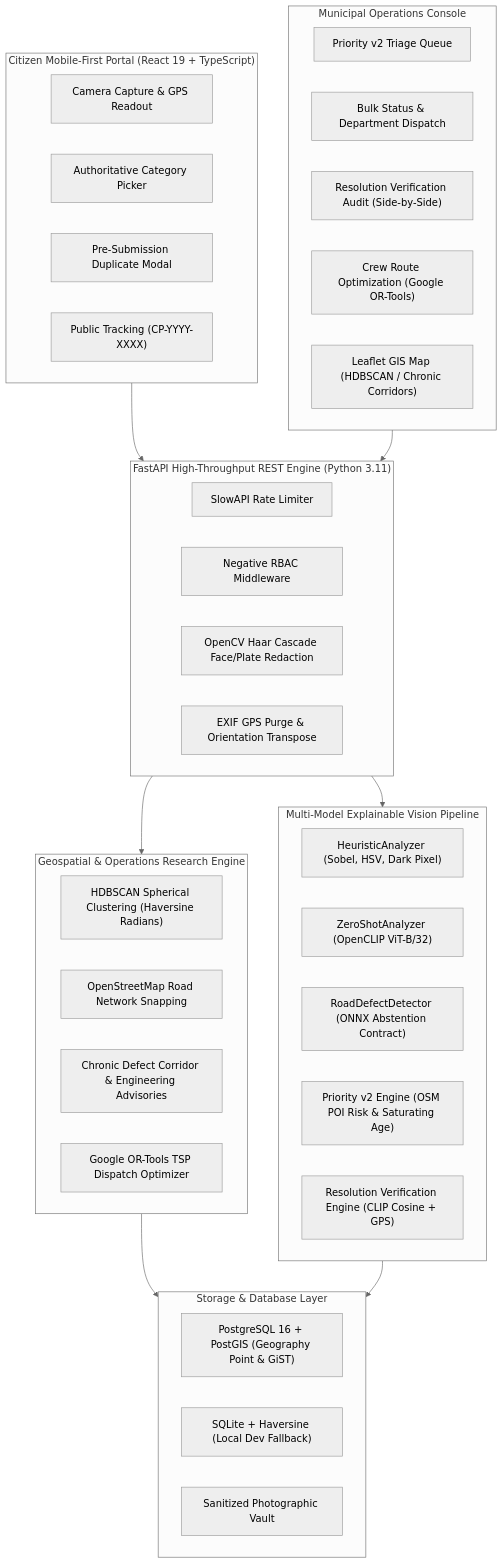
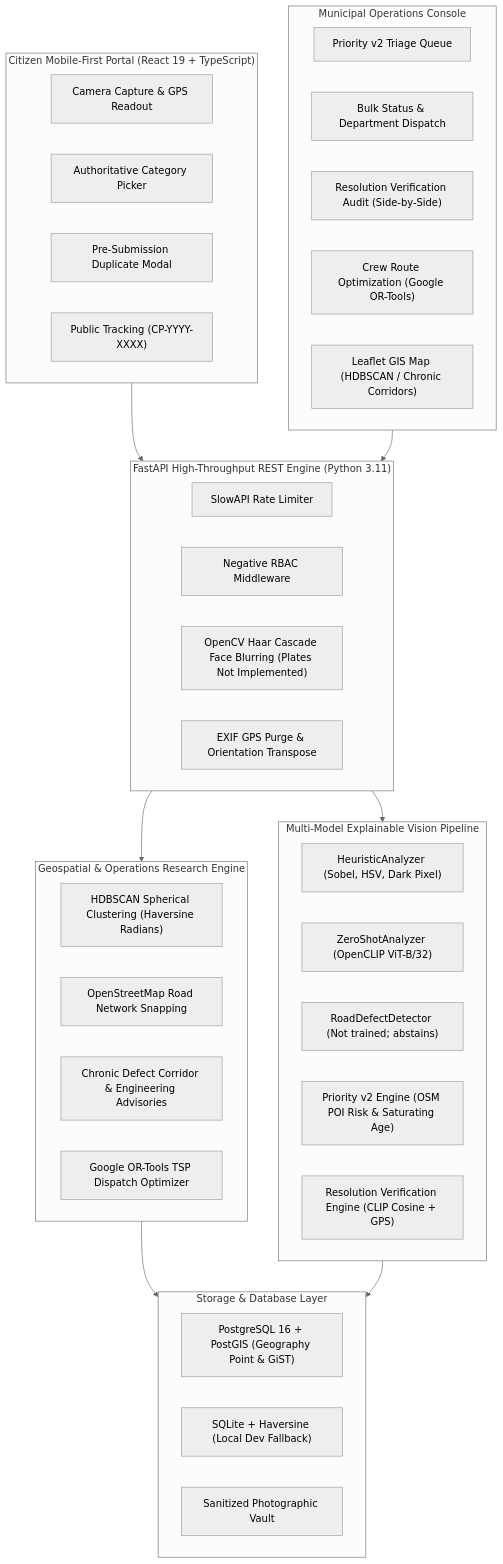
One commit to Varshini22-bot/CivicPulse-AI changed the diagram in README.md. Above: the diagram before and after it, drawn with Mermaid (neutral theme). The commit also changed other lines of this file and 15 other files, not shown here.

````diff
--- a/README.md
+++ b/README.md
@@ -40,52 +40,52 @@
 ```mermaid
 flowchart TD
     subgraph CitizenClient["Citizen Mobile-First Portal (React 19 + TypeScript)"]
         CameraCapture["Camera Capture & GPS Readout"]
         AuthoritativeSelection["Authoritative Category Picker"]
         PreSubScan["Pre-Submission Duplicate Modal"]
         PublicTrack["Public Tracking (CP-YYYY-XXXX)"]
     end
 
     subgraph MunicipalAdmin["Municipal Operations Console"]
         TriageQueue["Priority v2 Triage Queue"]
         BulkAction["Bulk Status & Department Dispatch"]
         AuditQueue["Resolution Verification Audit (Side-by-Side)"]
         RouteOpt["Crew Route Optimization (Google OR-Tools)"]
         GISMap["Leaflet GIS Map (HDBSCAN / Chronic Corridors)"]
     end
 
     subgraph BackendAPI["FastAPI High-Throughput REST Engine (Python 3.11)"]
         RateLimiter["SlowAPI Rate Limiter"]
         AuthRBAC["Negative RBAC Middleware"]
-        PrivacyEngine["OpenCV Haar Cascade Face/Plate Redaction"]
+        PrivacyEngine["OpenCV Haar Cascade Face Blurring (Plates Not Implemented)"]
         ExifSanitizer["EXIF GPS Purge & Orientation Transpose"]
     end
 
     subgraph SpatialIntelligence["Geospatial & Operations Research Engine"]
         HDBSCANEngine["HDBSCAN Spherical Clustering (Haversine Radians)"]
         OSMSnapping["OpenStreetMap Road Network Snapping"]
         ChronicCorridor["Chronic Defect Corridor & Engineering Advisories"]
         ORToolsTSP["Google OR-Tools TSP Dispatch Optimizer"]
     end
 
     subgraph MLEngine["Multi-Model Explainable Vision Pipeline"]
         HeuristicModel["HeuristicAnalyzer (Sobel, HSV, Dark Pixel)"]
         ZeroShotModel["ZeroShotAnalyzer (OpenCLIP ViT-B/32)"]
-        DetectorModel["RoadDefectDetector (ONNX Abstention Contract)"]
+        DetectorModel["RoadDefectDetector (Not trained; abstains)"]
         PriorityV2["Priority v2 Engine (OSM POI Risk & Saturating Age)"]
         ResolutionVerifier["Resolution Verification Engine (CLIP Cosine + GPS)"]
     end
 
     subgraph Persistence["Storage & Database Layer"]
         PostgresPostGIS["PostgreSQL 16 + PostGIS (Geography Point & GiST)"]
         SQLiteFallback["SQLite + Haversine (Local Dev Fallback)"]
         MediaVault["Sanitized Photographic Vault"]
     end
 
     CitizenClient --> BackendAPI
     MunicipalAdmin --> BackendAPI
     BackendAPI --> MLEngine
     BackendAPI --> SpatialIntelligence
     SpatialIntelligence --> Persistence
     MLEngine --> Persistence
 ```
````
